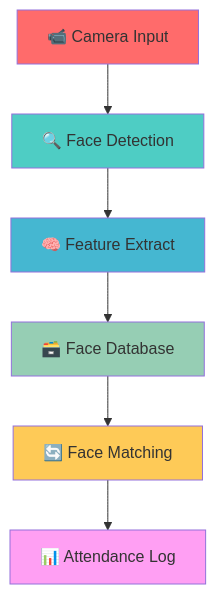
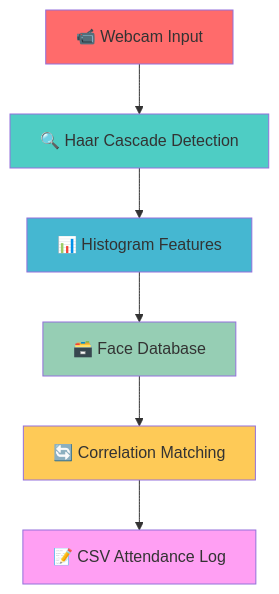
Before and after one commit to Kuliah-Open-Source/Attendance-System-Face-Recognition-OpenSource: the diagram in README.md, drawn with Mermaid. The commit also changed other lines of this file, not shown here.

````diff
--- a/README.md
+++ b/README.md
@@ -189,15 +202,15 @@
 ```mermaid
 graph TD
-    A[📹 Camera Input] --> B[🔍 Face Detection]
-    B --> C[🧠 Feature Extract]
+    A[📹 Webcam Input] --> B[🔍 Haar Cascade Detection]
+    B --> C[📊 Histogram Features]
     C --> D[🗃️ Face Database]
-    D --> E[🔄 Face Matching]
-    E --> F[📊 Attendance Log]
+    D --> E[🔄 Correlation Matching]
+    E --> F[📝 CSV Attendance Log]
     
     style A fill:#ff6b6b
     style B fill:#4ecdc4
     style C fill:#45b7d1
     style D fill:#96ceb4
     style E fill:#feca57
     style F fill:#ff9ff3
 ```
````
